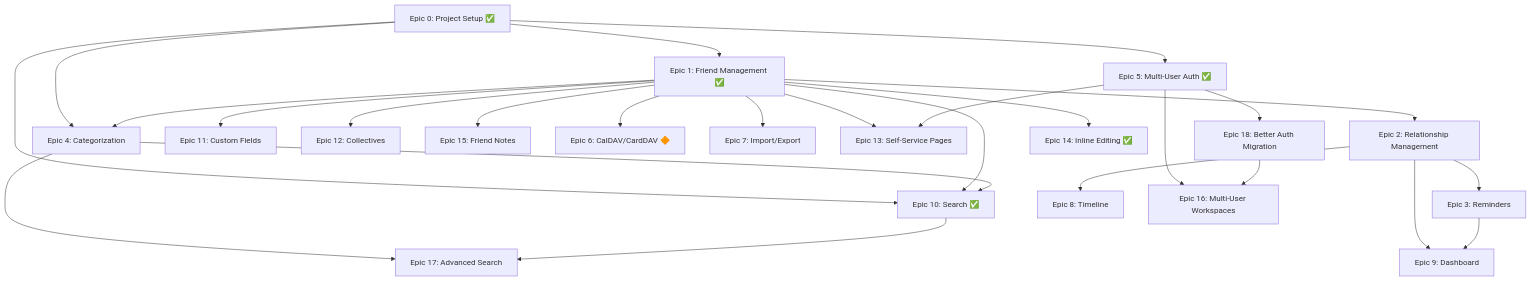
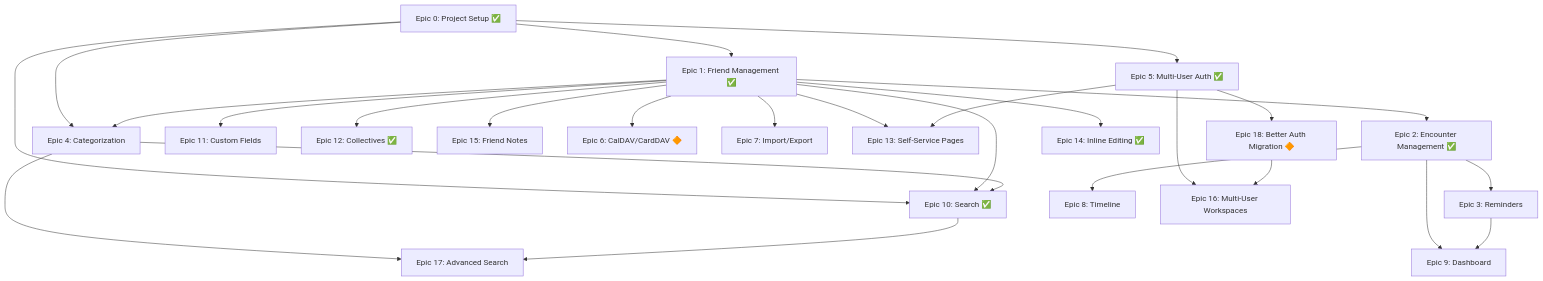
Before and after one commit to datenknoten/freundebuch: the diagram in project-management/epics/README.md, drawn with Mermaid. The commit also changed other lines of this file and 5 other files, not shown here.

````diff
--- a/project-management/epics/README.md
+++ b/project-management/epics/README.md
@@ -144,28 +146,28 @@
 ```mermaid
 graph TD
     E0[Epic 0: Project Setup ✅] --> E1[Epic 1: Friend Management ✅]
     E0 --> E4[Epic 4: Categorization]
     E0 --> E5[Epic 5: Multi-User Auth ✅]
     E0 --> E10[Epic 10: Search ✅]
-    E1 --> E2[Epic 2: Relationship Management]
+    E1 --> E2[Epic 2: Encounter Management ✅]
     E1 --> E4
     E1 --> E10
     E1 --> E11[Epic 11: Custom Fields]
-    E1 --> E12[Epic 12: Collectives]
+    E1 --> E12[Epic 12: Collectives ✅]
     E1 --> E15[Epic 15: Friend Notes]
     E2 --> E3[Epic 3: Reminders]
     E2 --> E8[Epic 8: Timeline]
     E2 --> E9[Epic 9: Dashboard]
     E3 --> E9
     E1 --> E6[Epic 6: CalDAV/CardDAV 🔶]
     E1 --> E7[Epic 7: Import/Export]
     E4 --> E10
     E4 --> E17[Epic 17: Advanced Search]
     E10 --> E17
     E1 --> E13[Epic 13: Self-Service Pages]
     E5 --> E13
     E5 --> E16[Epic 16: Multi-User Workspaces]
-    E5 --> E18[Epic 18: Better Auth Migration]
+    E5 --> E18[Epic 18: Better Auth Migration 🔶]
     E18 --> E16
     E1 --> E14[Epic 14: Inline Editing ✅]
 ```
````
